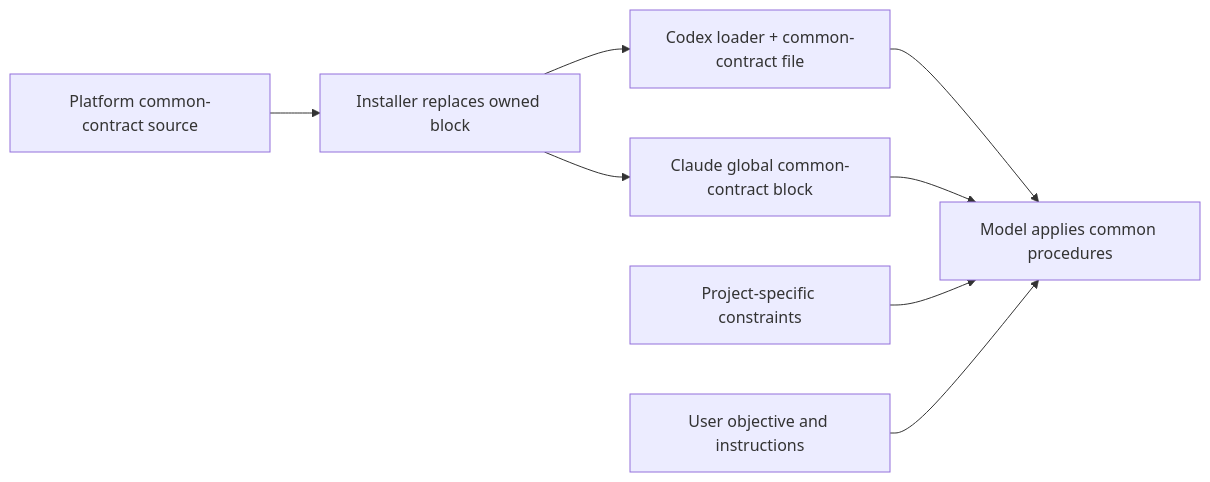
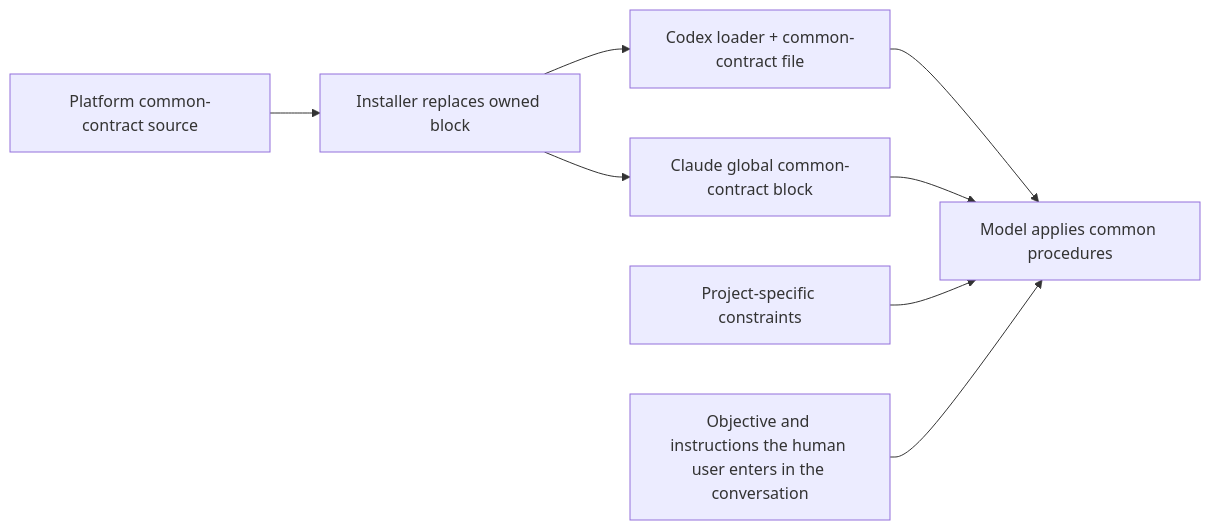
One commit to AidALL/ghost-alice changed the diagram in docs/getting-started/installation.md. Above: the diagram before and after it, drawn with Mermaid. The commit also changed other lines of this file and 221 other files, not shown here.

````diff
--- a/docs/getting-started/installation.md
+++ b/docs/getting-started/installation.md
@@ -257,10 +257,10 @@
 ```mermaid
 flowchart LR
     S["Platform common-contract source"] --> I["Installer replaces owned block"]
     I --> C["Codex loader + common-contract file"]
     I --> H["Claude global common-contract block"]
     C --> M["Model applies common procedures"]
     H --> M
     P["Project-specific constraints"] --> M
-    U["User objective and instructions"] --> M
+    U["Objective and instructions the human user enters in the conversation"] --> M
 ```
````
